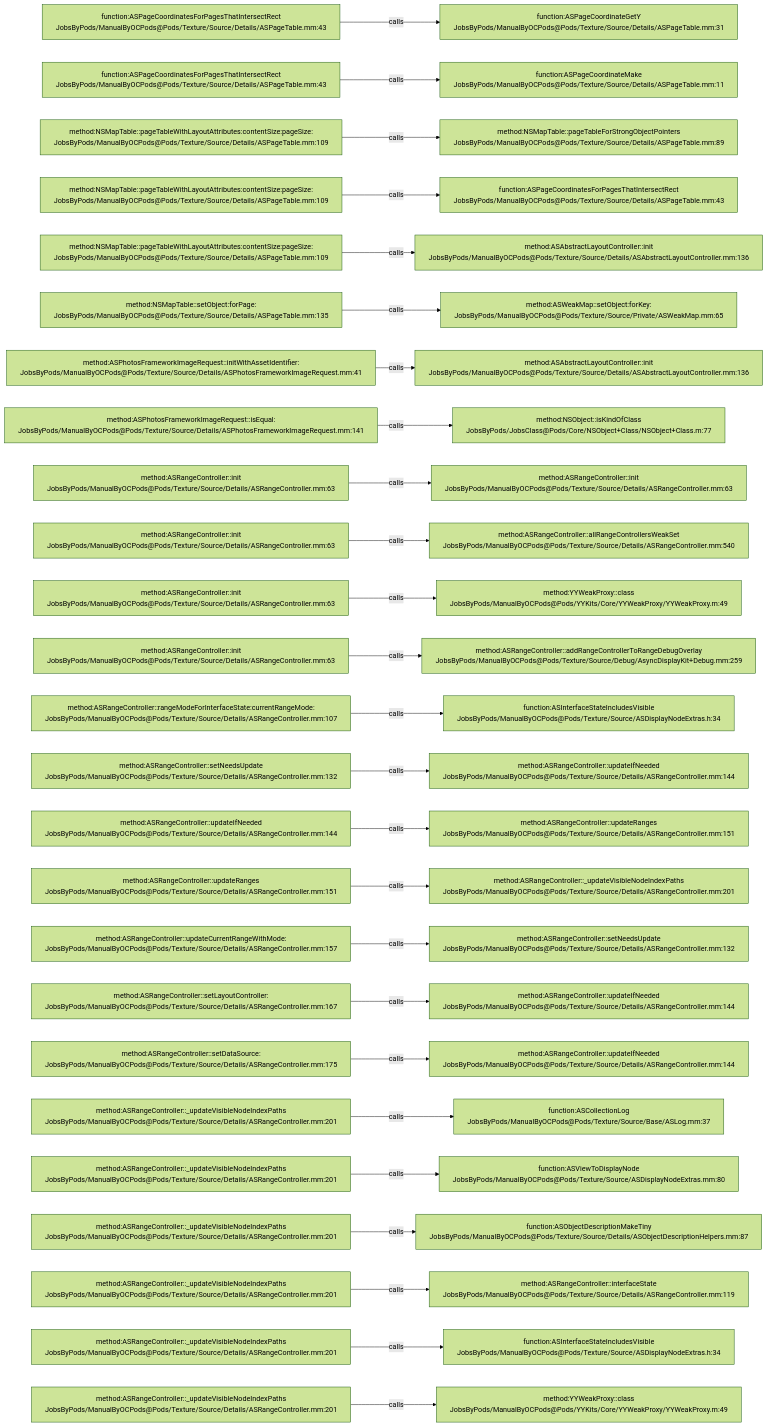
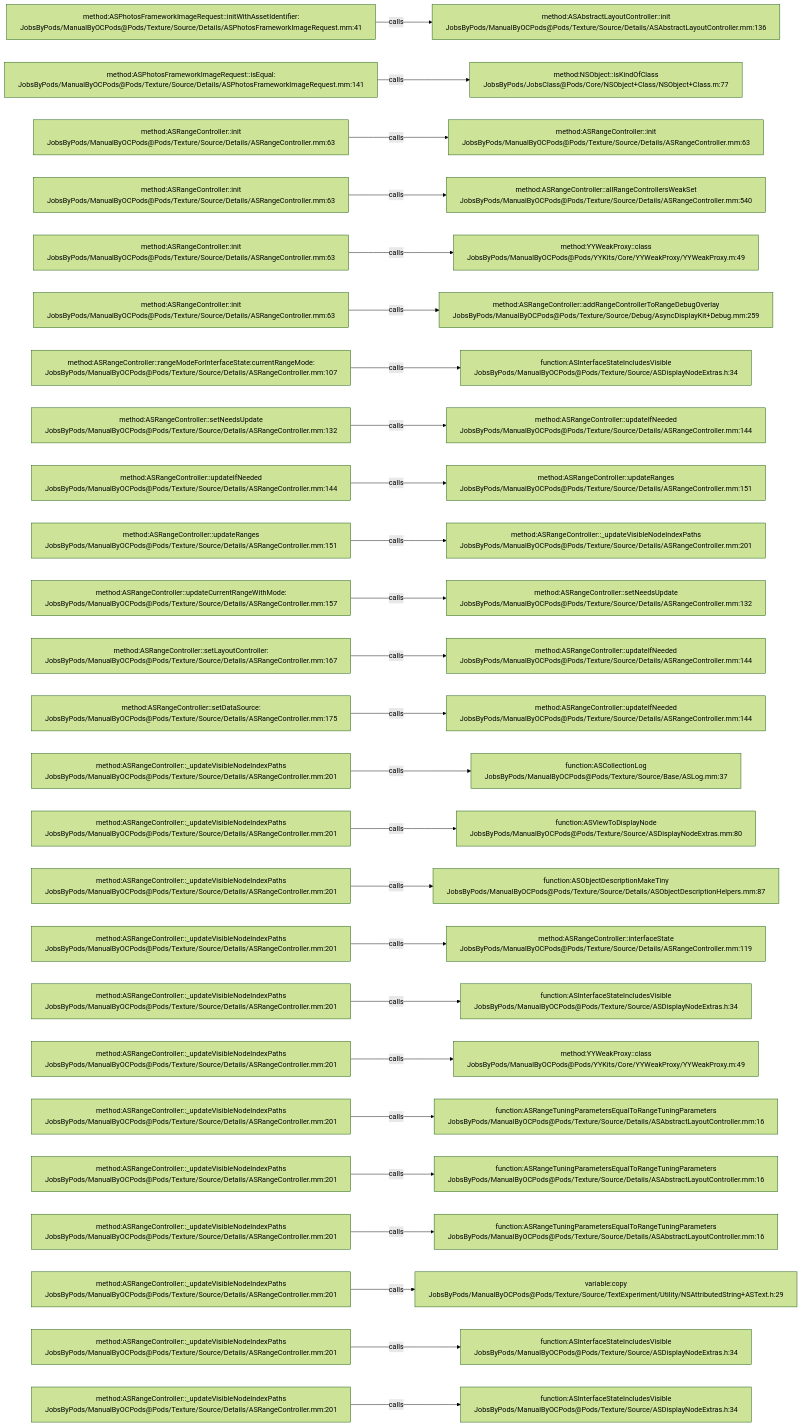
The diagram in .codegraph/codegraph.md/graphs/calls-155.md (JobsKits/JobsOCBaseConfigDemo), drawn with Mermaid (forest theme) before and after one commit. The commit also changed 666 other files, not shown here.

````diff
--- a/.codegraph/codegraph.md/graphs/calls-155.md
+++ b/.codegraph/codegraph.md/graphs/calls-155.md
@@ -13,78 +13,78 @@
 ```mermaid
 flowchart LR
-  S1["function:ASPageCoordinatesForPagesThatIntersectRect<br/>JobsByPods/ManualByOCPods@Pods/Texture/Source/Details/ASPageTable.mm:43"]
-  T1["function:ASPageCoordinateGetY<br/>JobsByPods/ManualByOCPods@Pods/Texture/Source/Details/ASPageTable.mm:31"]
+  S1["method:ASPhotosFrameworkImageRequest::initWithAssetIdentifier:<br/>JobsByPods/ManualByOCPods@Pods/Texture/Source/Details/ASPhotosFrameworkImageRequest.mm:41"]
+  T1["method:ASAbstractLayoutController::init<br/>JobsByPods/ManualByOCPods@Pods/Texture/Source/Details/ASAbstractLayoutController.mm:136"]
   S1 -->|calls| T1
-  S2["function:ASPageCoordinatesForPagesThatIntersectRect<br/>JobsByPods/ManualByOCPods@Pods/Texture/Source/Details/ASPageTable.mm:43"]
-  T2["function:ASPageCoordinateMake<br/>JobsByPods/ManualByOCPods@Pods/Texture/Source/Details/ASPageTable.mm:11"]
+  S2["method:ASPhotosFrameworkImageRequest::isEqual:<br/>JobsByPods/ManualByOCPods@Pods/Texture/Source/Details/ASPhotosFrameworkImageRequest.mm:141"]
+  T2["method:NSObject::isKindOfClass<br/>JobsByPods/JobsClass@Pods/Core/NSObject+Class/NSObject+Class.m:77"]
   S2 -->|calls| T2
-  S3["method:NSMapTable::pageTableWithLayoutAttributes:contentSize:pageSize:<br/>JobsByPods/ManualByOCPods@Pods/Texture/Source/Details/ASPageTable.mm:109"]
-  T3["method:NSMapTable::pageTableForStrongObjectPointers<br/>JobsByPods/ManualByOCPods@Pods/Texture/Source/Details/ASPageTable.mm:89"]
+  S3["method:ASRangeController::init<br/>JobsByPods/ManualByOCPods@Pods/Texture/Source/Details/ASRangeController.mm:63"]
+  T3["method:ASRangeController::init<br/>JobsByPods/ManualByOCPods@Pods/Texture/Source/Details/ASRangeController.mm:63"]
   S3 -->|calls| T3
-  S4["method:NSMapTable::pageTableWithLayoutAttributes:contentSize:pageSize:<br/>JobsByPods/ManualByOCPods@Pods/Texture/Source/Details/ASPageTable.mm:109"]
-  T4["function:ASPageCoordinatesForPagesThatIntersectRect<br/>JobsByPods/ManualByOCPods@Pods/Texture/Source/Details/ASPageTable.mm:43"]
+  S4["method:ASRangeController::init<br/>JobsByPods/ManualByOCPods@Pods/Texture/Source/Details/ASRangeController.mm:63"]
+  T4["method:ASRangeController::allRangeControllersWeakSet<br/>JobsByPods/ManualByOCPods@Pods/Texture/Source/Details/ASRangeController.mm:540"]
   S4 -->|calls| T4
-  S5["method:NSMapTable::pageTableWithLayoutAttributes:contentSize:pageSize:<br/>JobsByPods/ManualByOCPods@Pods/Texture/Source/Details/ASPageTable.mm:109"]
-  T5["method:ASAbstractLayoutController::init<br/>JobsByPods/ManualByOCPods@Pods/Texture/Source/Details/ASAbstractLayoutController.mm:136"]
+  S5["method:ASRangeController::init<br/>JobsByPods/ManualByOCPods@Pods/Texture/Source/Details/ASRangeController.mm:63"]
+  T5["method:YYWeakProxy::class<br/>JobsByPods/ManualByOCPods@Pods/YYKits/Core/YYWeakProxy/YYWeakProxy.m:49"]
   S5 -->|calls| T5
-  S6["method:NSMapTable::setObject:forPage:<br/>JobsByPods/ManualByOCPods@Pods/Texture/Source/Details/ASPageTable.mm:135"]
-  T6["method:ASWeakMap::setObject:forKey:<br/>JobsByPods/ManualByOCPods@Pods/Texture/Source/Private/ASWeakMap.mm:65"]
+  S6["method:ASRangeController::init<br/>JobsByPods/ManualByOCPods@Pods/Texture/Source/Details/ASRangeController.mm:63"]
+  T6["method:ASRangeController::addRangeControllerToRangeDebugOverlay<br/>JobsByPods/ManualByOCPods@Pods/Texture/Source/Debug/AsyncDisplayKit+Debug.mm:259"]
   S6 -->|calls| T6
-  S7["method:ASPhotosFrameworkImageRequest::initWithAssetIdentifier:<br/>JobsByPods/ManualByOCPods@Pods/Texture/Source/Details/ASPhotosFrameworkImageRequest.mm:41"]
-  T7["method:ASAbstractLayoutController::init<br/>JobsByPods/ManualByOCPods@Pods/Texture/Source/Details/ASAbstractLayoutController.mm:136"]
+  S7["method:ASRangeController::rangeModeForInterfaceState:currentRangeMode:<br/>JobsByPods/ManualByOCPods@Pods/Texture/Source/Details/ASRangeController.mm:107"]
+  T7["function:ASInterfaceStateIncludesVisible<br/>JobsByPods/ManualByOCPods@Pods/Texture/Source/ASDisplayNodeExtras.h:34"]
   S7 -->|calls| T7
-  S8["method:ASPhotosFrameworkImageRequest::isEqual:<br/>JobsByPods/ManualByOCPods@Pods/Texture/Source/Details/ASPhotosFrameworkImageRequest.mm:141"]
-  T8["method:NSObject::isKindOfClass<br/>JobsByPods/JobsClass@Pods/Core/NSObject+Class/NSObject+Class.m:77"]
+  S8["method:ASRangeController::setNeedsUpdate<br/>JobsByPods/ManualByOCPods@Pods/Texture/Source/Details/ASRangeController.mm:132"]
+  T8["method:ASRangeController::updateIfNeeded<br/>JobsByPods/ManualByOCPods@Pods/Texture/Source/Details/ASRangeController.mm:144"]
   S8 -->|calls| T8
-  S9["method:ASRangeController::init<br/>JobsByPods/ManualByOCPods@Pods/Texture/Source/Details/ASRangeController.mm:63"]
-  T9["method:ASRangeController::init<br/>JobsByPods/ManualByOCPods@Pods/Texture/Source/Details/ASRangeController.mm:63"]
+  S9["method:ASRangeController::updateIfNeeded<br/>JobsByPods/ManualByOCPods@Pods/Texture/Source/Details/ASRangeController.mm:144"]
+  T9["method:ASRangeController::updateRanges<br/>JobsByPods/ManualByOCPods@Pods/Texture/Source/Details/ASRangeController.mm:151"]
   S9 -->|calls| T9
-  S10["method:ASRangeController::init<br/>JobsByPods/ManualByOCPods@Pods/Texture/Source/Details/ASRangeController.mm:63"]
-  T10["method:ASRangeController::allRangeControllersWeakSet<br/>JobsByPods/ManualByOCPods@Pods/Texture/Source/Details/ASRangeController.mm:540"]
+  S10["method:ASRangeController::updateRanges<br/>JobsByPods/ManualByOCPods@Pods/Texture/Source/Details/ASRangeController.mm:151"]
+  T10["method:ASRangeController::_updateVisibleNodeIndexPaths<br/>JobsByPods/ManualByOCPods@Pods/Texture/Source/Details/ASRangeController.mm:201"]
   S10 -->|calls| T10
-  S11["method:ASRangeController::init<br/>JobsByPods/ManualByOCPods@Pods/Texture/Source/Details/ASRangeController.mm:63"]
-  T11["method:YYWeakProxy::class<br/>JobsByPods/ManualByOCPods@Pods/YYKits/Core/YYWeakProxy/YYWeakProxy.m:49"]
+  S11["method:ASRangeController::updateCurrentRangeWithMode:<br/>JobsByPods/ManualByOCPods@Pods/Texture/Source/Details/ASRangeController.mm:157"]
+  T11["method:ASRangeController::setNeedsUpdate<br/>JobsByPods/ManualByOCPods@Pods/Texture/Source/Details/ASRangeController.mm:132"]
   S11 -->|calls| T11
-  S12["method:ASRangeController::init<br/>JobsByPods/ManualByOCPods@Pods/Texture/Source/Details/ASRangeController.mm:63"]
-  T12["method:ASRangeController::addRangeControllerToRangeDebugOverlay<br/>JobsByPods/ManualByOCPods@Pods/Texture/Source/Debug/AsyncDisplayKit+Debug.mm:259"]
+  S12["method:ASRangeController::setLayoutController:<br/>JobsByPods/ManualByOCPods@Pods/Texture/Source/Details/ASRangeController.mm:167"]
+  T12["method:ASRangeController::updateIfNeeded<br/>JobsByPods/ManualByOCPods@Pods/Texture/Source/Details/ASRangeController.mm:144"]
   S12 -->|calls| T12
-  S13["method:ASRangeController::rangeModeForInterfaceState:currentRangeMode:<br/>JobsByPods/ManualByOCPods@Pods/Texture/Source/Details/ASRangeController.mm:107"]
-  T13["function:ASInterfaceStateIncludesVisible<br/>JobsByPods/ManualByOCPods@Pods/Texture/Source/ASDisplayNodeExtras.h:34"]
+  S13["method:ASRangeController::setDataSource:<br/>JobsByPods/ManualByOCPods@Pods/Texture/Source/Details/ASRangeController.mm:175"]
+  T13["method:ASRangeController::updateIfNeeded<br/>JobsByPods/ManualByOCPods@Pods/Texture/Source/Details/ASRangeController.mm:144"]
   S13 -->|calls| T13
-  S14["method:ASRangeController::setNeedsUpdate<br/>JobsByPods/ManualByOCPods@Pods/Texture/Source/Details/ASRangeController.mm:132"]
-  T14["method:ASRangeController::updateIfNeeded<br/>JobsByPods/ManualByOCPods@Pods/Texture/Source/Details/ASRangeController.mm:144"]
+  S14["method:ASRangeController::_updateVisibleNodeIndexPaths<br/>JobsByPods/ManualByOCPods@Pods/Texture/Source/Details/ASRangeController.mm:201"]
+  T14["function:ASCollectionLog<br/>JobsByPods/ManualByOCPods@Pods/Texture/Source/Base/ASLog.mm:37"]
   S14 -->|calls| T14
-  S15["method:ASRangeController::updateIfNeeded<br/>JobsByPods/ManualByOCPods@Pods/Texture/Source/Details/ASRangeController.mm:144"]
-  T15["method:ASRangeController::updateRanges<br/>JobsByPods/ManualByOCPods@Pods/Texture/Source/Details/ASRangeController.mm:151"]
+  S15["method:ASRangeController::_updateVisibleNodeIndexPaths<br/>JobsByPods/ManualByOCPods@Pods/Texture/Source/Details/ASRangeController.mm:201"]
+  T15["function:ASViewToDisplayNode<br/>JobsByPods/ManualByOCPods@Pods/Texture/Source/ASDisplayNodeExtras.mm:80"]
   S15 -->|calls| T15
-  S16["method:ASRangeController::updateRanges<br/>JobsByPods/ManualByOCPods@Pods/Texture/Source/Details/ASRangeController.mm:151"]
-  T16["method:ASRangeController::_updateVisibleNodeIndexPaths<br/>JobsByPods/ManualByOCPods@Pods/Texture/Source/Details/ASRangeController.mm:201"]
+  S16["method:ASRangeController::_updateVisibleNodeIndexPaths<br/>JobsByPods/ManualByOCPods@Pods/Texture/Source/Details/ASRangeController.mm:201"]
+  T16["function:ASObjectDescriptionMakeTiny<br/>JobsByPods/ManualByOCPods@Pods/Texture/Source/Details/ASObjectDescriptionHelpers.mm:87"]
   S16 -->|calls| T16
-  S17["method:ASRangeController::updateCurrentRangeWithMode:<br/>JobsByPods/ManualByOCPods@Pods/Texture/Source/Details/ASRangeController.mm:157"]
-  T17["method:ASRangeController::setNeedsUpdate<br/>JobsByPods/ManualByOCPods@Pods/Texture/Source/Details/ASRangeController.mm:132"]
+  S17["method:ASRangeController::_updateVisibleNodeIndexPaths<br/>JobsByPods/ManualByOCPods@Pods/Texture/Source/Details/ASRangeController.mm:201"]
+  T17["method:ASRangeController::interfaceState<br/>JobsByPods/ManualByOCPods@Pods/Texture/Source/Details/ASRangeController.mm:119"]
   S17 -->|calls| T17
-  S18["method:ASRangeController::setLayoutController:<br/>JobsByPods/ManualByOCPods@Pods/Texture/Source/Details/ASRangeController.mm:167"]
-  T18["method:ASRangeController::updateIfNeeded<br/>JobsByPods/ManualByOCPods@Pods/Texture/Source/Details/ASRangeController.mm:144"]
+  S18["method:ASRangeController::_updateVisibleNodeIndexPaths<br/>JobsByPods/ManualByOCPods@Pods/Texture/Source/Details/ASRangeController.mm:201"]
+  T18["function:ASInterfaceStateIncludesVisible<br/>JobsByPods/ManualByOCPods@Pods/Texture/Source/ASDisplayNodeExtras.h:34"]
   S18 -->|calls| T18
-  S19["method:ASRangeController::setDataSource:<br/>JobsByPods/ManualByOCPods@Pods/Texture/Source/Details/ASRangeController.mm:175"]
-  T19["method:ASRangeController::updateIfNeeded<br/>JobsByPods/ManualByOCPods@Pods/Texture/Source/Details/ASRangeController.mm:144"]
+  S19["method:ASRangeController::_updateVisibleNodeIndexPaths<br/>JobsByPods/ManualByOCPods@Pods/Texture/Source/Details/ASRangeController.mm:201"]
+  T19["method:YYWeakProxy::class<br/>JobsByPods/ManualByOCPods@Pods/YYKits/Core/YYWeakProxy/YYWeakProxy.m:49"]
   S19 -->|calls| T19
   S20["method:ASRangeController::_updateVisibleNodeIndexPaths<br/>JobsByPods/ManualByOCPods@Pods/Texture/Source/Details/ASRangeController.mm:201"]
-  T20["function:ASCollectionLog<br/>JobsByPods/ManualByOCPods@Pods/Texture/Source/Base/ASLog.mm:37"]
+  T20["function:ASRangeTuningParametersEqualToRangeTuningParameters<br/>JobsByPods/ManualByOCPods@Pods/Texture/Source/Details/ASAbstractLayoutController.mm:16"]
   S20 -->|calls| T20
   S21["method:ASRangeController::_updateVisibleNodeIndexPaths<br/>JobsByPods/ManualByOCPods@Pods/Texture/Source/Details/ASRangeController.mm:201"]
-  T21["function:ASViewToDisplayNode<br/>JobsByPods/ManualByOCPods@Pods/Texture/Source/ASDisplayNodeExtras.mm:80"]
+  T21["function:ASRangeTuningParametersEqualToRangeTuningParameters<br/>JobsByPods/ManualByOCPods@Pods/Texture/Source/Details/ASAbstractLayoutController.mm:16"]
   S21 -->|calls| T21
   S22["method:ASRangeController::_updateVisibleNodeIndexPaths<br/>JobsByPods/ManualByOCPods@Pods/Texture/Source/Details/ASRangeController.mm:201"]
-  T22["function:ASObjectDescriptionMakeTiny<br/>JobsByPods/ManualByOCPods@Pods/Texture/Source/Details/ASObjectDescriptionHelpers.mm:87"]
+  T22["function:ASRangeTuningParametersEqualToRangeTuningParameters<br/>JobsByPods/ManualByOCPods@Pods/Texture/Source/Details/ASAbstractLayoutController.mm:16"]
   S22 -->|calls| T22
   S23["method:ASRangeController::_updateVisibleNodeIndexPaths<br/>JobsByPods/ManualByOCPods@Pods/Texture/Source/Details/ASRangeController.mm:201"]
-  T23["method:ASRangeController::interfaceState<br/>JobsByPods/ManualByOCPods@Pods/Texture/Source/Details/ASRangeController.mm:119"]
+  T23["variable:copy<br/>JobsByPods/ManualByOCPods@Pods/Texture/Source/TextExperiment/Utility/NSAttributedString+ASText.h:29"]
   S23 -->|calls| T23
   S24["method:ASRangeController::_updateVisibleNodeIndexPaths<br/>JobsByPods/ManualByOCPods@Pods/Texture/Source/Details/ASRangeController.mm:201"]
   T24["function:ASInterfaceStateIncludesVisible<br/>JobsByPods/ManualByOCPods@Pods/Texture/Source/ASDisplayNodeExtras.h:34"]
   S24 -->|calls| T24
   S25["method:ASRangeController::_updateVisibleNodeIndexPaths<br/>JobsByPods/ManualByOCPods@Pods/Texture/Source/Details/ASRangeController.mm:201"]
-  T25["method:YYWeakProxy::class<br/>JobsByPods/ManualByOCPods@Pods/YYKits/Core/YYWeakProxy/YYWeakProxy.m:49"]
+  T25["function:ASInterfaceStateIncludesVisible<br/>JobsByPods/ManualByOCPods@Pods/Texture/Source/ASDisplayNodeExtras.h:34"]
   S25 -->|calls| T25
 ```
````
